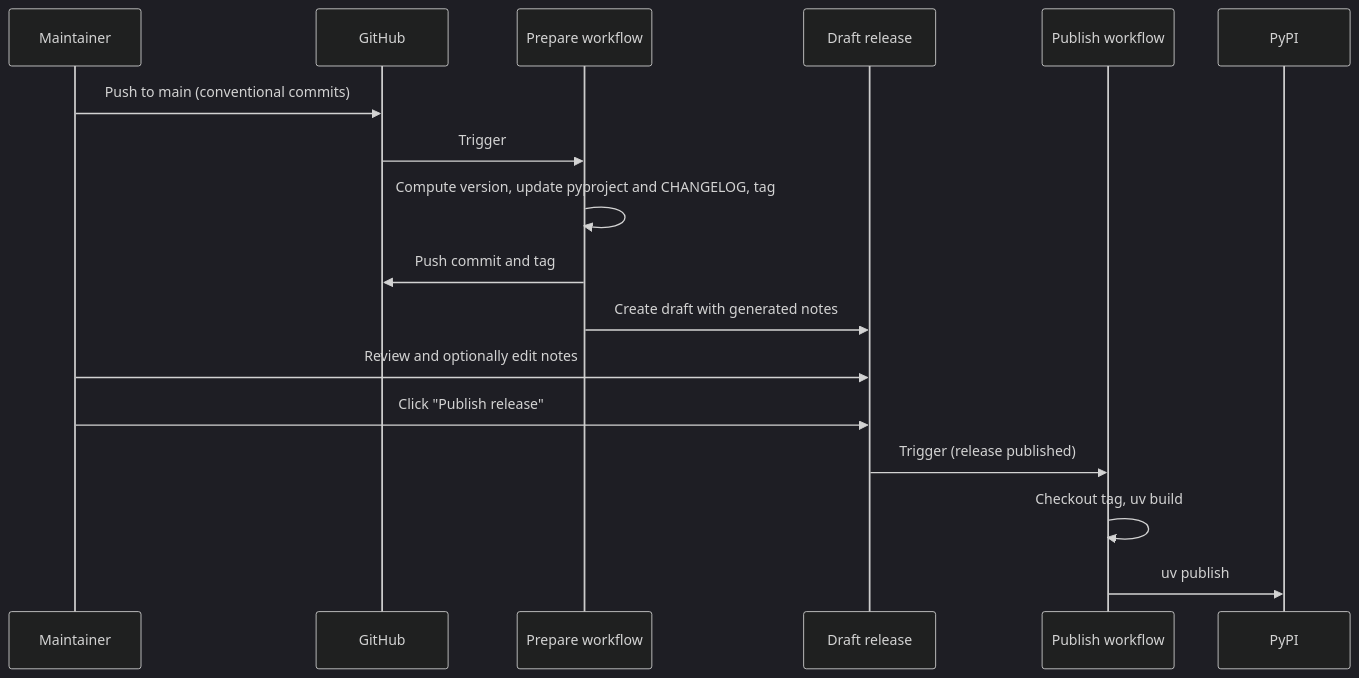
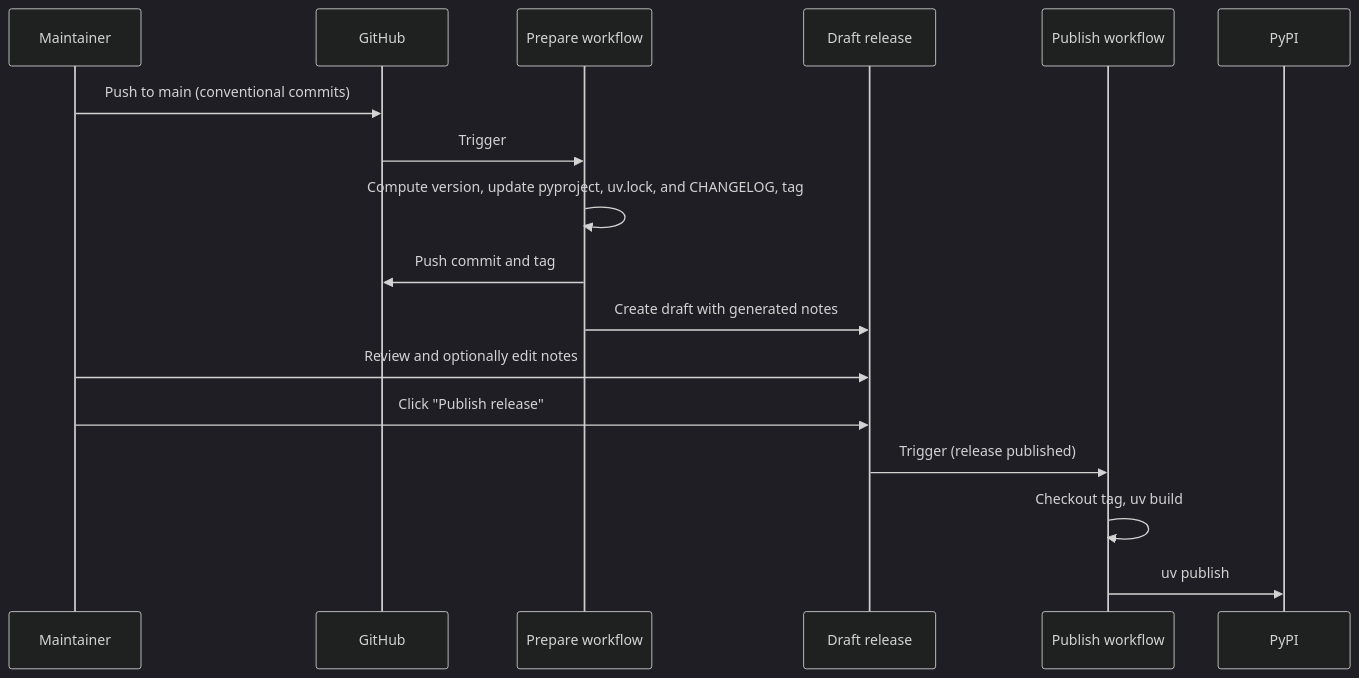
Before and after one commit to nilox94/opentelemetry-instrumentation-re: the diagram in RELEASING.md, drawn with Mermaid (dark theme). The commit also changed other lines of this file and 2 other files, not shown here.

Commit message:
ci: update uv.lock in the release commit (#6)

````diff
--- a/RELEASING.md
+++ b/RELEASING.md
@@ -9,20 +9,20 @@
 ```mermaid
 sequenceDiagram
   participant M as Maintainer
   participant GH as GitHub
   participant Prep as Prepare workflow
   participant Draft as Draft release
   participant Pub as Publish workflow
   participant PyPI as PyPI
 
   M->>GH: Push to main (conventional commits)
   GH->>Prep: Trigger
-  Prep->>Prep: Compute version, update pyproject and CHANGELOG, tag
+  Prep->>Prep: Compute version, update pyproject, uv.lock, and CHANGELOG, tag
   Prep->>GH: Push commit and tag
   Prep->>Draft: Create draft with generated notes
   M->>Draft: Review and optionally edit notes
   M->>Draft: Click "Publish release"
   Draft->>Pub: Trigger (release published)
   Pub->>Pub: Checkout tag, uv build
   Pub->>PyPI: uv publish
 ```
````
